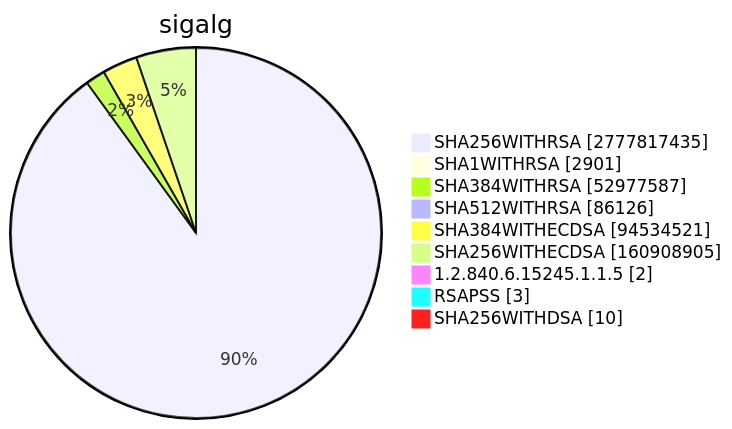
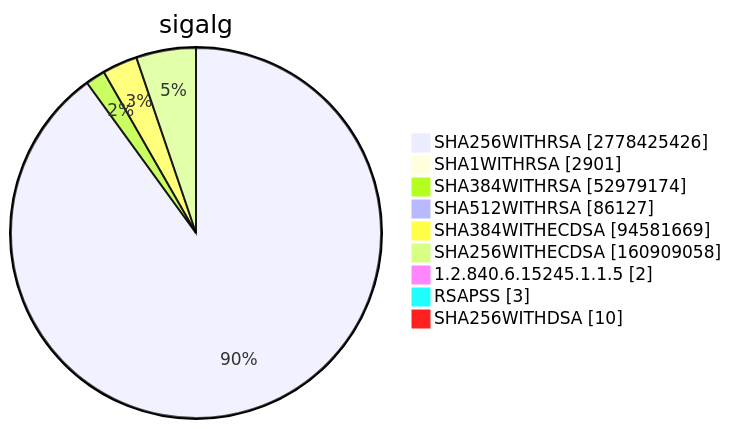
Before and after one commit to christiankrug/ctmonitor_visualization: diagram 15 of 15 in TOTAL/README.md, drawn with Mermaid. The commit also changed other lines of this file, not shown here.

````diff
--- a/TOTAL/README.md
+++ b/TOTAL/README.md
@@ -6207,13 +6207,13 @@
 ```mermaid
 pie showData
 title sigalg
-"SHA256WITHRSA" :2777817435
+"SHA256WITHRSA" :2778425426
 "SHA1WITHRSA" :2901
-"SHA384WITHRSA" :52977587
-"SHA512WITHRSA" :86126
-"SHA384WITHECDSA" :94534521
-"SHA256WITHECDSA" :160908905
+"SHA384WITHRSA" :52979174
+"SHA512WITHRSA" :86127
+"SHA384WITHECDSA" :94581669
+"SHA256WITHECDSA" :160909058
 "1.2.840.6.15245.1.1.5" :2
 "RSAPSS" :3
 "SHA256WITHDSA" :10
 ```
````
